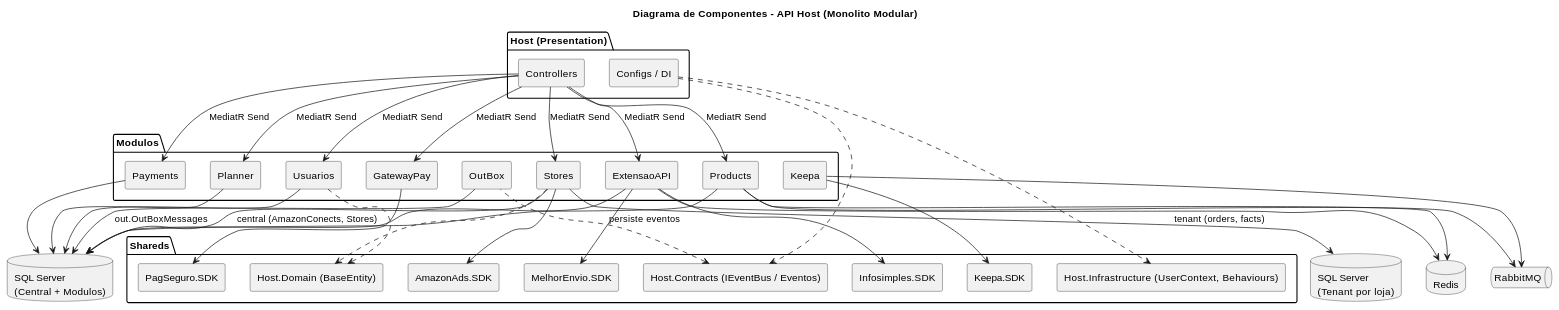
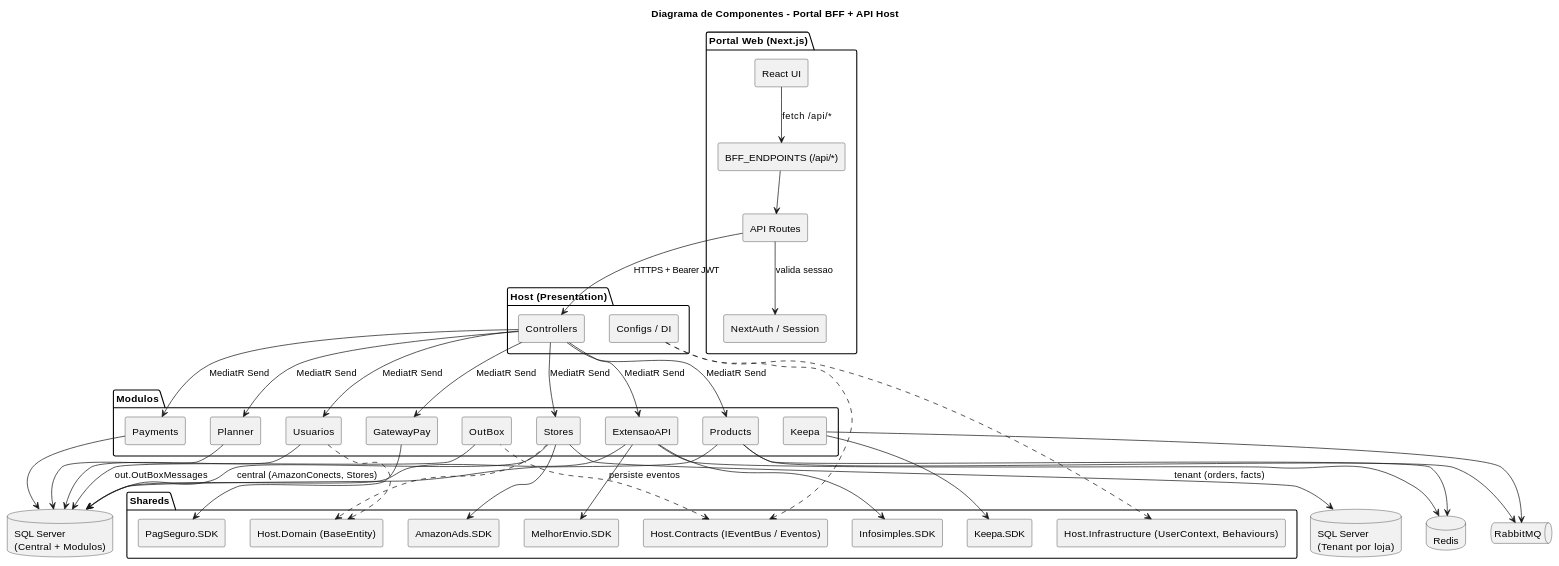
The seventh of 16 diagrams in docs/Documentacao-de-Projeto.md (MirandaSls/Projeto-Final-PS), drawn with PlantUML before and after one commit. The commit also changed other lines of this file and 8 other files, not shown here.

Commit message:
docs: modela BFF do portal nos diagramas

````diff
--- a/docs/Documentacao-de-Projeto.md
+++ b/docs/Documentacao-de-Projeto.md
@@ -423,7 +429,14 @@
 ```plantuml
 @startuml componentes
-title Diagrama de Componentes - API Host (Monolito Modular)
+title Diagrama de Componentes - Portal BFF + API Host
 skinparam componentStyle rectangle
+
+package "Portal Web (Next.js)" {
+  [React UI] as P_UI
+  [BFF_ENDPOINTS (/api/*)] as P_ENDPOINTS
+  [API Routes] as P_ROUTES
+  [NextAuth / Session] as P_AUTH
+}
 
 package "Host (Presentation)" {
   [Controllers] as CTRL
@@ -457,6 +470,11 @@
 database "SQL Server\n(Tenant por loja)" as DBT
 database "Redis" as REDIS
 queue "RabbitMQ" as RMQ
+
+P_UI --> P_ENDPOINTS : fetch /api/*
+P_ENDPOINTS --> P_ROUTES
+P_ROUTES --> P_AUTH : valida sessao
+P_ROUTES --> CTRL : HTTPS + Bearer JWT
 
 CTRL --> M_USERS : MediatR Send
 CTRL --> M_PAY : MediatR Send
````
